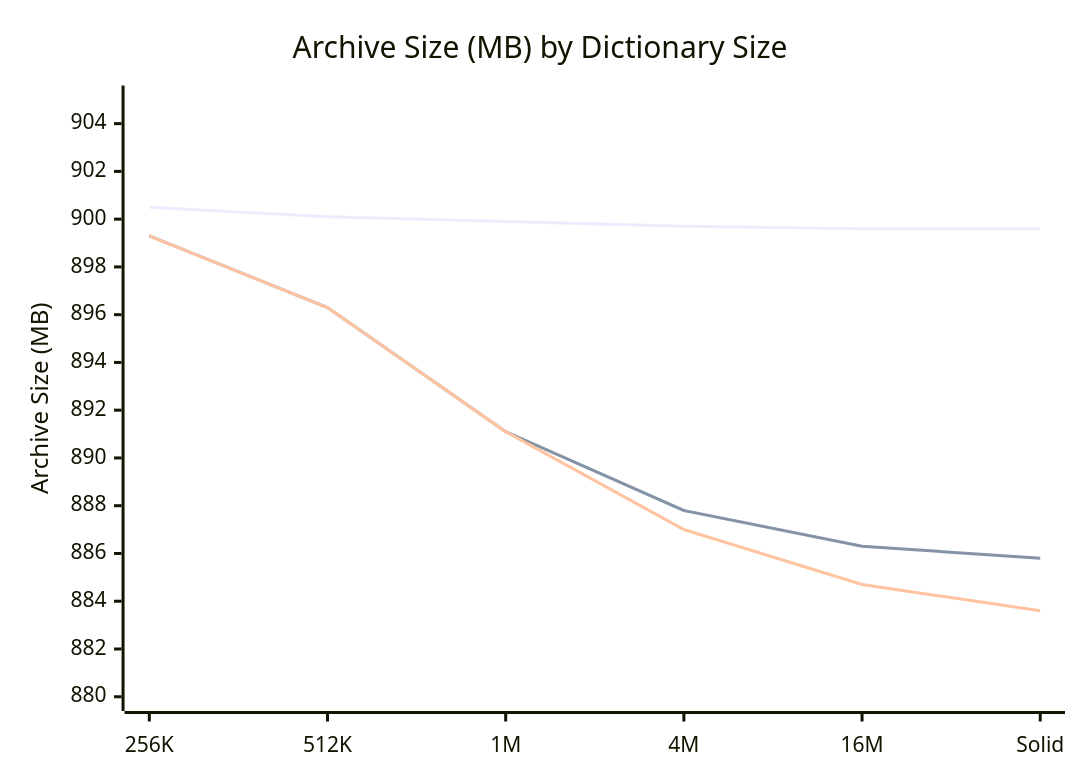
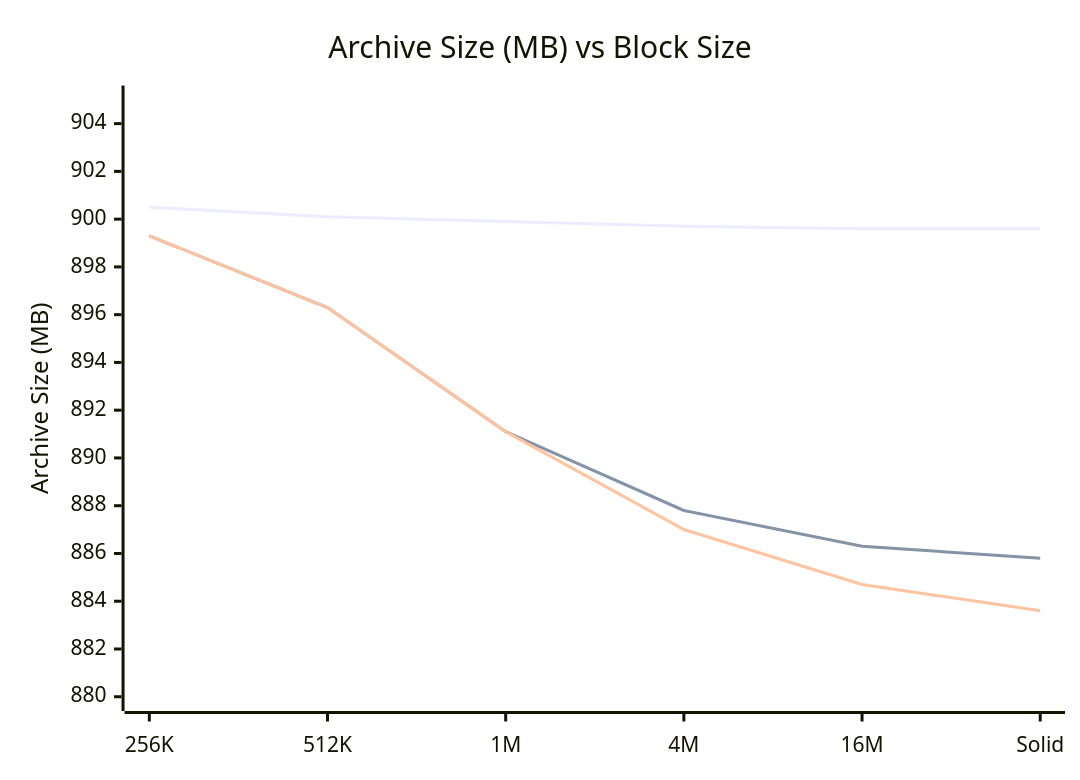
Before and after one commit to alfishe/7z-experiments: the third of 3 diagrams in 7z-benchmark/bench_report.md, drawn with Mermaid. The commit also changed other lines of this file and 1 other file, not shown here.

````diff
--- a/7z-benchmark/bench_report.md
+++ b/7z-benchmark/bench_report.md
@@ -105,9 +107,9 @@
 ```mermaid
 xychart-beta
-    title "Archive Size (MB) by Dictionary Size"
+    title "Archive Size (MB) vs Block Size"
     x-axis ["256K", "512K", "1M", "4M", "16M", "Solid"]
     y-axis "Archive Size (MB)" 880 --> 905
     line [900.5, 900.1, 899.9, 899.7, 899.6, 899.6]
     line [899.3, 896.3, 891.1, 887.8, 886.3, 885.8]
     line [899.3, 896.3, 891.1, 887.0, 884.7, 883.6]
 ```
````
